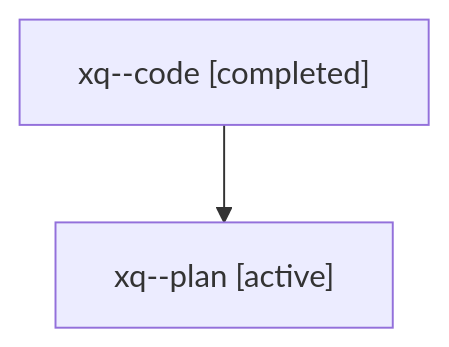
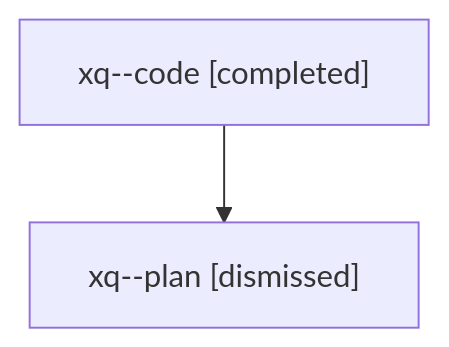
Before and after one commit to sase-org/sase--agents: the diagram in sessions/bbugyi200.athena.xq.md, drawn with Mermaid. The commit also changed other lines of this file and 18 other files, not shown here.

````diff
--- a/sessions/bbugyi200.athena.xq.md
+++ b/sessions/bbugyi200.athena.xq.md
@@ -9,6 +9,6 @@
 ```mermaid
 flowchart TD
   n0["xq--code [completed]"]
-  n1["xq--plan [active]"]
+  n1["xq--plan [dismissed]"]
   n0 --> n1
 ```
````
